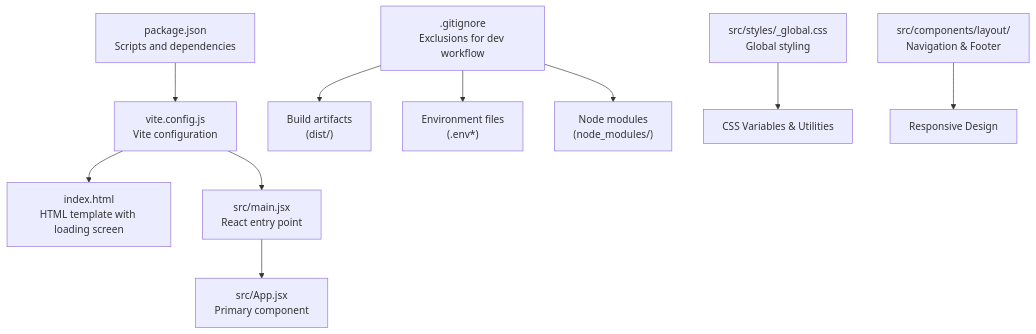
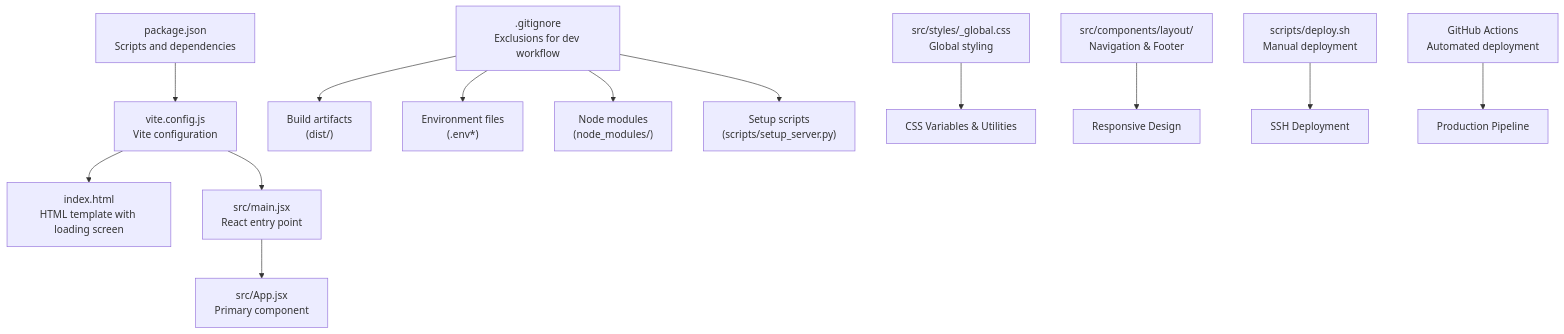
Before and after one commit to rakeshmaity271/frankie-picasso: the first of 8 diagrams in .qoder/repowiki/en/content/Development Tools.md, drawn with Mermaid. The commit also changed other lines of this file and 23 other files, not shown here.

````diff
--- a/.qoder/repowiki/en/content/Development Tools.md
+++ b/.qoder/repowiki/en/content/Development Tools.md
@@ -50,12 +52,15 @@
 ```mermaid
 graph TB
 A["package.json<br/>Scripts and dependencies"] --> B["vite.config.js<br/>Vite configuration"]
 B --> C["index.html<br/>HTML template with loading screen"]
 B --> D["src/main.jsx<br/>React entry point"]
 D --> E["src/App.jsx<br/>Primary component"]
 F[".gitignore<br/>Exclusions for dev workflow"] --> G["Build artifacts<br/>(dist/)"]
 F --> H["Environment files<br/>(.env*)"]
 F --> I["Node modules<br/>(node_modules/)"]
-J["src/styles/_global.css<br/>Global styling"] --> K["CSS Variables & Utilities"]
-L["src/components/layout/<br/>Navigation & Footer"] --> M["Responsive Design"]
+F --> J["Setup scripts<br/>(scripts/setup_server.py)"]
+K["src/styles/_global.css<br/>Global styling"] --> L["CSS Variables & Utilities"]
+M["src/components/layout/<br/>Navigation & Footer"] --> N["Responsive Design"]
+O["scripts/deploy.sh<br/>Manual deployment"] --> P["SSH Deployment"]
+Q["GitHub Actions<br/>Automated deployment"] --> R["Production Pipeline"]
 ```
````
